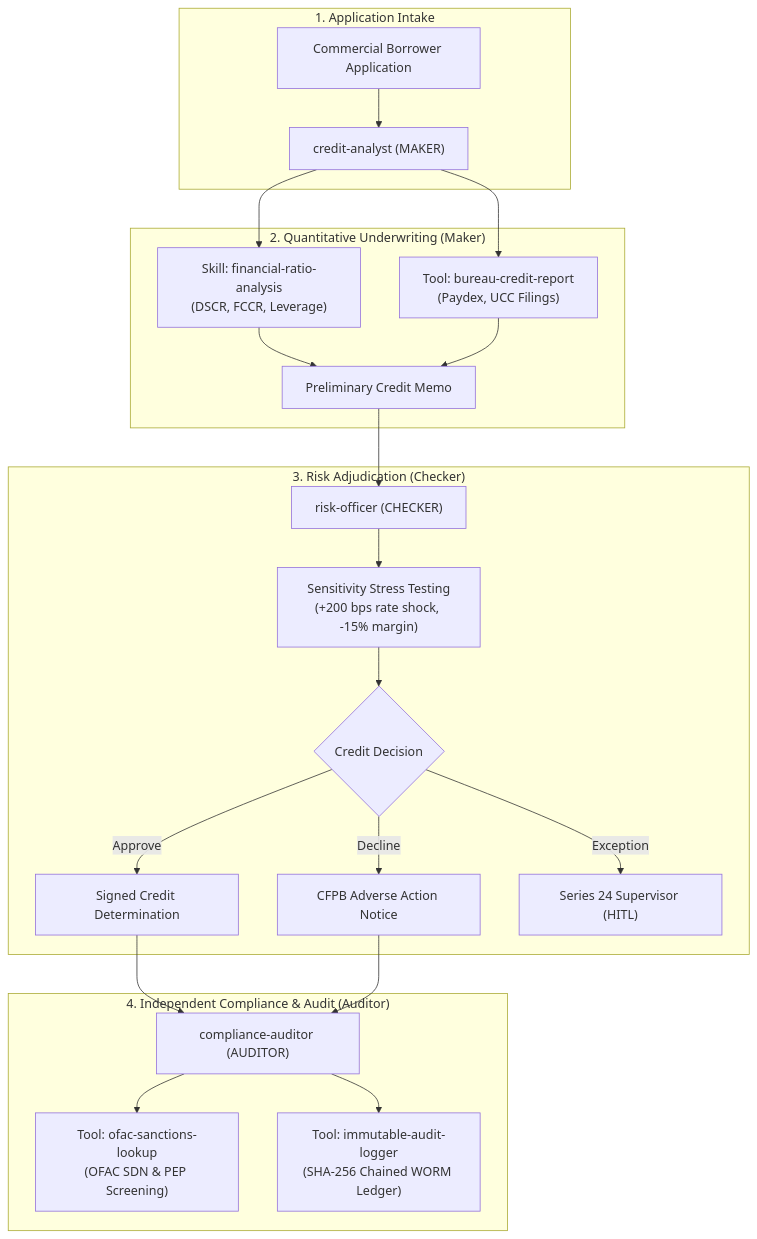
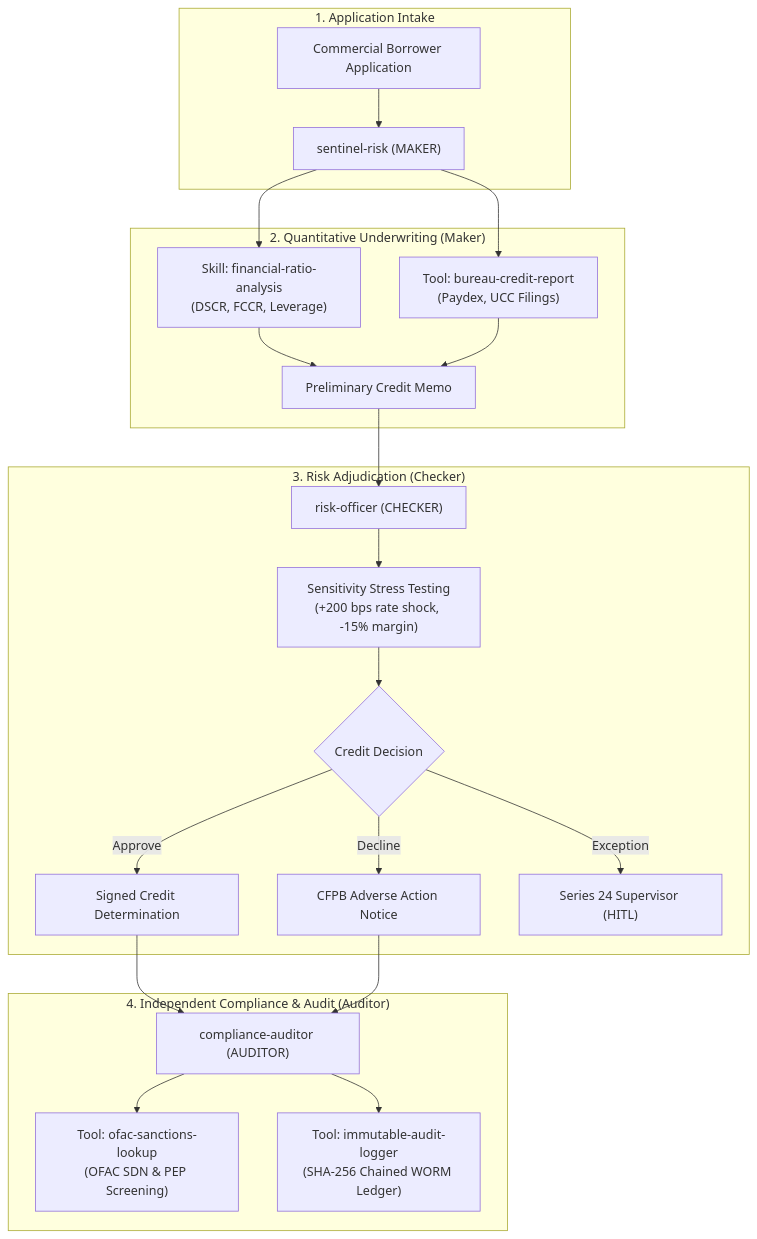
Before and after one commit to ben1441/agent-passport: the diagram in README.md, drawn with Mermaid. The commit also changed other lines of this file and 18 other files, not shown here.

Commit message:
fix(sod): explicitly assign sentinel-risk to maker role and risk-officer to checker in DUTIES.md

````diff
--- a/README.md
+++ b/README.md
@@ -27,29 +27,29 @@
 ```mermaid
 flowchart TD
     subgraph INTAKE["1. Application Intake"]
-        BORROWER["Commercial Borrower Application"] --> CA["credit-analyst (MAKER)"]
+        BORROWER["Commercial Borrower Application"] --> SR["sentinel-risk (MAKER)"]
     end
 
     subgraph MAKER["2. Quantitative Underwriting (Maker)"]
-        CA --> SKILL_RATIO["Skill: financial-ratio-analysis<br/>(DSCR, FCCR, Leverage)"]
-        CA --> TOOL_BUREAU["Tool: bureau-credit-report<br/>(Paydex, UCC Filings)"]
+        SR --> SKILL_RATIO["Skill: financial-ratio-analysis<br/>(DSCR, FCCR, Leverage)"]
+        SR --> TOOL_BUREAU["Tool: bureau-credit-report<br/>(Paydex, UCC Filings)"]
         SKILL_RATIO --> MEMO["Preliminary Credit Memo"]
         TOOL_BUREAU --> MEMO
     end
 
     subgraph CHECKER["3. Risk Adjudication (Checker)"]
         MEMO --> RO["risk-officer (CHECKER)"]
         RO --> STRESS["Sensitivity Stress Testing<br/>(+200 bps rate shock, -15% margin)"]
         STRESS --> DECISION{"Credit Decision"}
         DECISION -- Approve --> APPROVAL["Signed Credit Determination"]
         DECISION -- Decline --> DECLINE["CFPB Adverse Action Notice"]
         DECISION -- Exception --> ESCALATE["Series 24 Supervisor (HITL)"]
     end
 
     subgraph AUDIT["4. Independent Compliance & Audit (Auditor)"]
         APPROVAL --> AUD["compliance-auditor (AUDITOR)"]
         DECLINE --> AUD
         AUD --> TOOL_OFAC["Tool: ofac-sanctions-lookup<br/>(OFAC SDN & PEP Screening)"]
         AUD --> TOOL_LEDGER["Tool: immutable-audit-logger<br/>(SHA-256 Chained WORM Ledger)"]
     end
 ```
````
